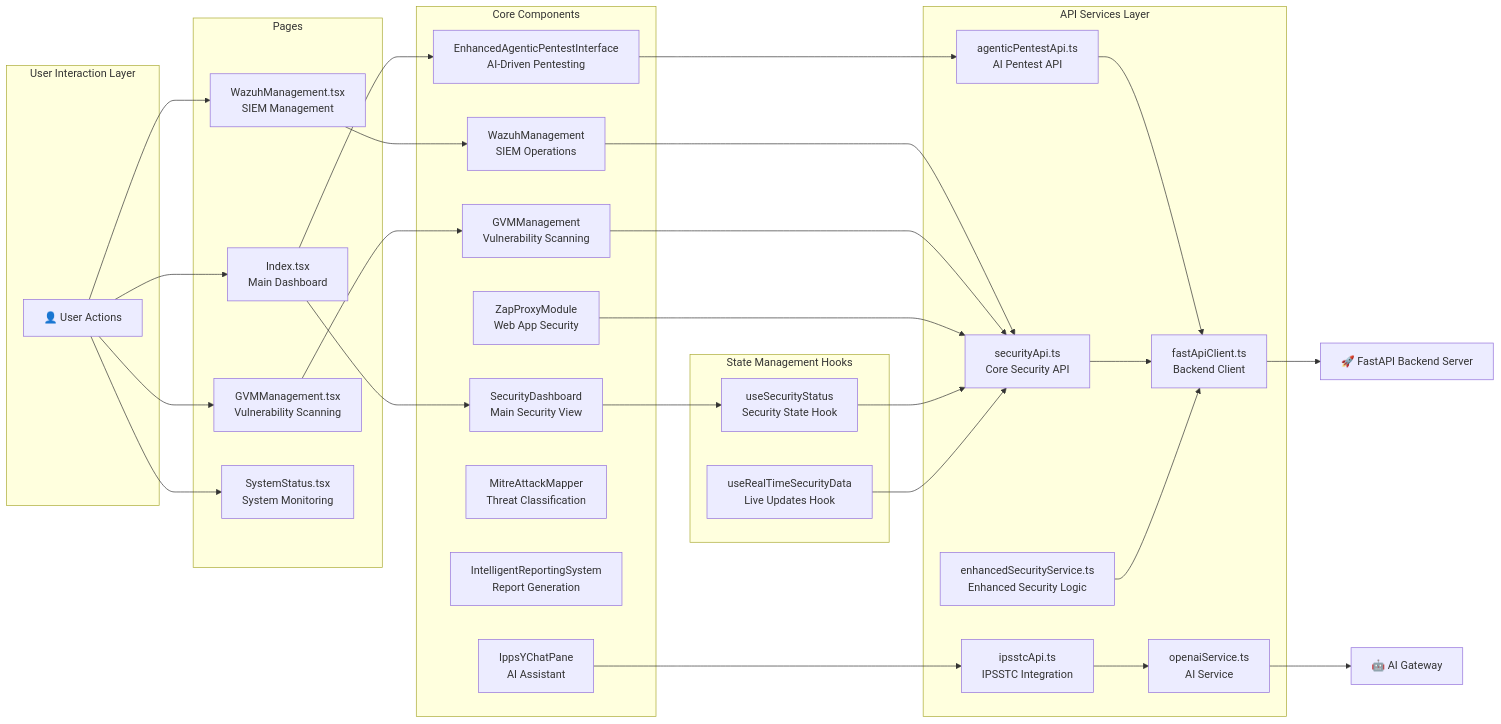
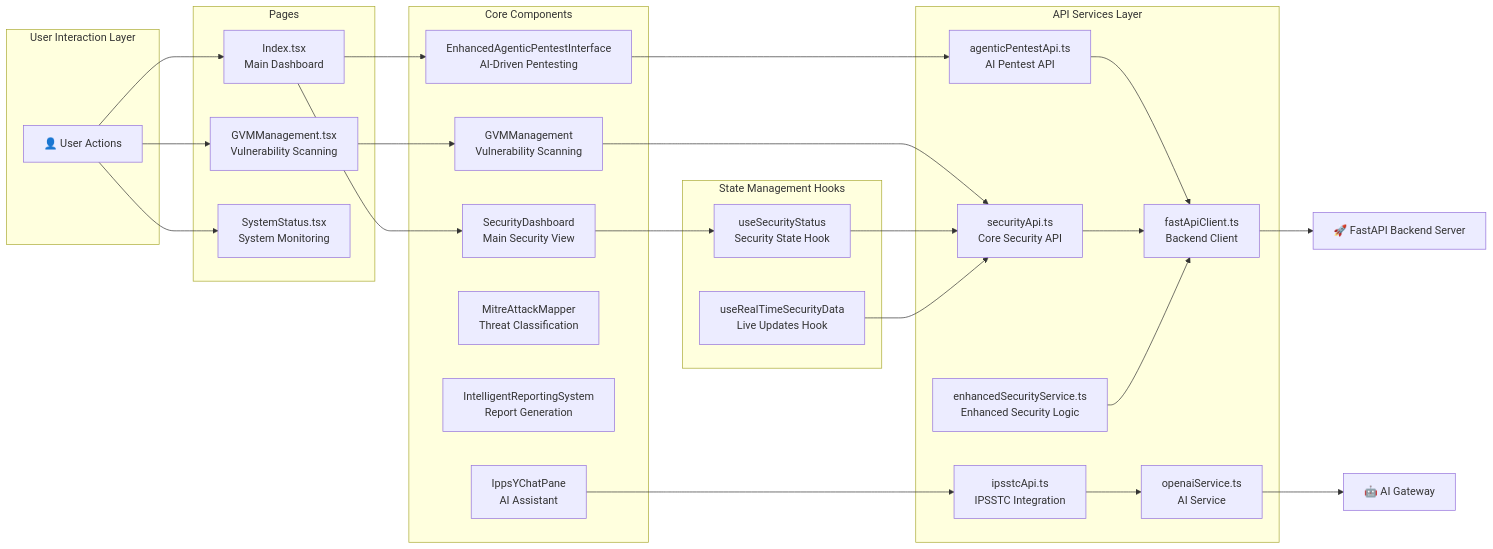
One commit to ChristianUhlander/blue-core-nexus changed the second of 8 diagrams in docs/FILE_STRUCTURE_AND_ARCHITECTURE.md. Above: the diagram before and after it, drawn with Mermaid. The commit also changed other lines of this file and 6 other files, not shown here.

````diff
--- a/docs/FILE_STRUCTURE_AND_ARCHITECTURE.md
+++ b/docs/FILE_STRUCTURE_AND_ARCHITECTURE.md
@@ -55,66 +51,59 @@
 ```mermaid
 graph LR
     subgraph "User Interaction Layer"
         UI[👤 User Actions]
     end
     
     subgraph "Pages"
         IndexPage[Index.tsx<br/>Main Dashboard]
         GVMPage[GVMManagement.tsx<br/>Vulnerability Scanning]
-        WazuhPage[WazuhManagement.tsx<br/>SIEM Management]
         StatusPage[SystemStatus.tsx<br/>System Monitoring]
     end
     
     subgraph "Core Components"
         SecurityDashboard[SecurityDashboard<br/>Main Security View]
         EnhancedPentest[EnhancedAgenticPentestInterface<br/>AI-Driven Pentesting]
-        WazuhMgmt[WazuhManagement<br/>SIEM Operations]
         GVMMgmt[GVMManagement<br/>Vulnerability Scanning]
-        ZAPModule[ZapProxyModule<br/>Web App Security]
         MitreMapper[MitreAttackMapper<br/>Threat Classification]
         ReportingSystem[IntelligentReportingSystem<br/>Report Generation]
         ChatPane[IppsYChatPane<br/>AI Assistant]
     end
     
     subgraph "State Management Hooks"
         SecurityStatus[useSecurityStatus<br/>Security State Hook]
         RealtimeData[useRealTimeSecurityData<br/>Live Updates Hook]
     end
     
     subgraph "API Services Layer"
         SecurityAPI[securityApi.ts<br/>Core Security API]
         AgenticAPI[agenticPentestApi.ts<br/>AI Pentest API]
         IpsstcAPI[ipsstcApi.ts<br/>IPSSTC Integration]
         EnhancedService[enhancedSecurityService.ts<br/>Enhanced Security Logic]
         FastAPIClient[fastApiClient.ts<br/>Backend Client]
         OpenAIService[openaiService.ts<br/>AI Service]
     end
     
     UI --> IndexPage
     UI --> GVMPage
-    UI --> WazuhPage
     UI --> StatusPage
     
     IndexPage --> SecurityDashboard
     IndexPage --> EnhancedPentest
     GVMPage --> GVMMgmt
-    WazuhPage --> WazuhMgmt
     
     SecurityDashboard --> SecurityStatus
     EnhancedPentest --> AgenticAPI
-    WazuhMgmt --> SecurityAPI
     GVMMgmt --> SecurityAPI
-    ZAPModule --> SecurityAPI
     ChatPane --> IpsstcAPI
     
     SecurityStatus --> SecurityAPI
     RealtimeData --> SecurityAPI
     
     AgenticAPI --> FastAPIClient
     SecurityAPI --> FastAPIClient
     IpsstcAPI --> OpenAIService
     EnhancedService --> FastAPIClient
     
     FastAPIClient --> Backend[🚀 FastAPI Backend Server]
     OpenAIService --> AIGateway[🤖 AI Gateway]
 ```
````
